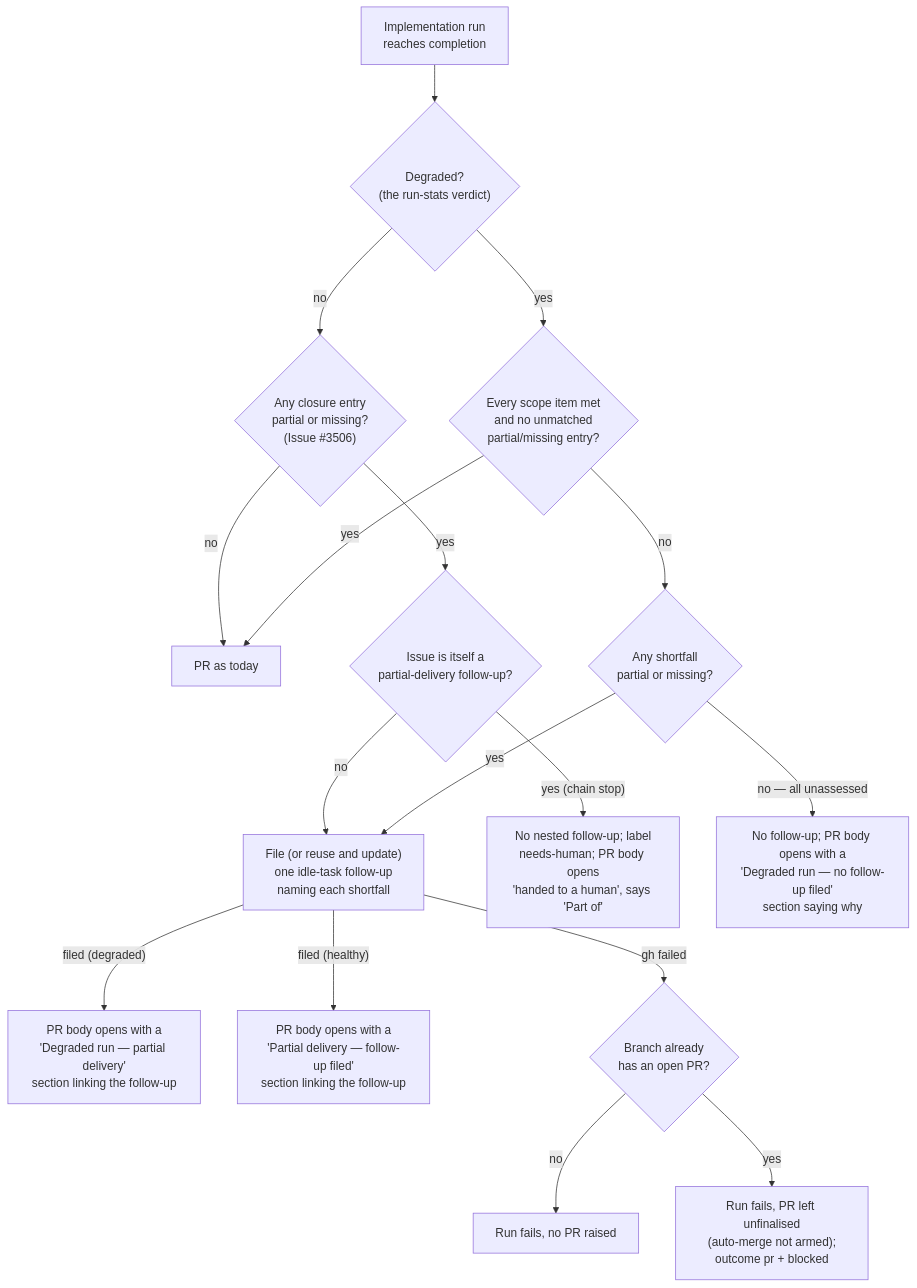
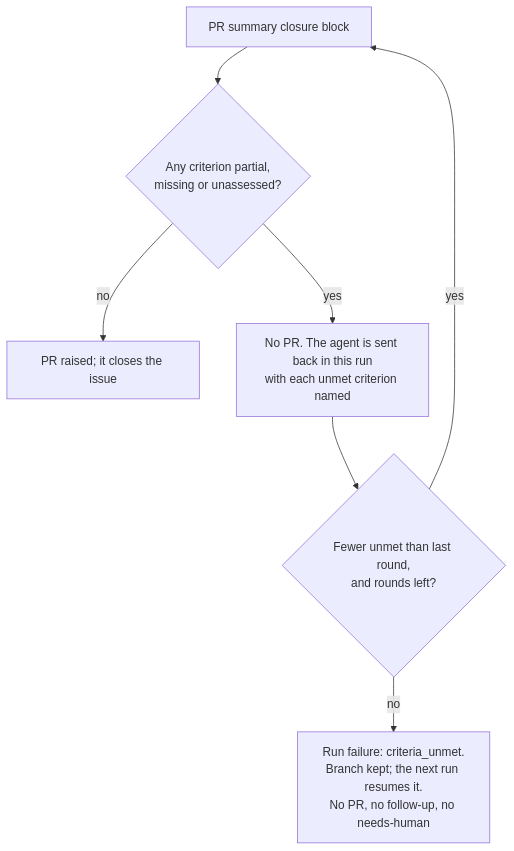
Diagram 21 of 25 in docs/workflows/issue-processing.md (stSoftwareAU/VibeCoder), drawn with Mermaid before and after one commit. The commit also changed other lines of this file and 40 other files, not shown here.

````diff
--- a/docs/workflows/issue-processing.md
+++ b/docs/workflows/issue-processing.md
@@ -2612,19 +2591,9 @@
 ```mermaid
 flowchart TD
-    R["Implementation run<br/>reaches completion"] --> D{"Degraded?<br/>(the run-stats verdict)"}
-    D -- no --> H{"Any closure entry<br/>partial or missing?<br/>(Issue #3506)"}
-    H -- no --> P["PR as today"]
-    H -- yes --> C{"Issue is itself a<br/>partial-delivery follow-up?"}
-    C -- no --> F
-    C -- "yes (chain stop)" --> CS["No nested follow-up; label<br/>needs-human; PR body opens<br/>'handed to a human', says 'Part of'"]
-    D -- yes --> S{"Every scope item met<br/>and no unmatched<br/>partial/missing entry?"}
-    S -- yes --> P
-    S -- no --> G{"Any shortfall<br/>partial or missing?"}
-    G -- yes --> F["File (or reuse and update)<br/>one idle-task follow-up<br/>naming each shortfall"]
-    F -- "filed (degraded)" --> B["PR body opens with a<br/>'Degraded run — partial delivery'<br/>section linking the follow-up"]
-    F -- "filed (healthy)" --> W["PR body opens with a<br/>'Partial delivery — follow-up filed'<br/>section linking the follow-up"]
-    F -- "gh failed" --> Q{"Branch already<br/>has an open PR?"}
-    Q -- no --> X["Run fails, no PR raised"]
-    Q -- yes --> Y["Run fails, PR left unfinalised<br/>(auto-merge not armed);<br/>outcome pr + blocked"]
-    G -- "no — all unassessed" --> N["No follow-up; PR body opens with a<br/>'Degraded run — no follow-up filed'<br/>section saying why"]
+    S["PR summary closure block"] --> U{"Any criterion partial,<br/>missing or unassessed?"}
+    U -- no --> P["PR raised; it closes the issue"]
+    U -- yes --> R["No PR. The agent is sent back in this run<br/>with each unmet criterion named"]
+    R --> G{"Fewer unmet than last round,<br/>and rounds left?"}
+    G -- yes --> S
+    G -- no --> F["Run failure: criteria_unmet.<br/>Branch kept; the next run resumes it.<br/>No PR, no follow-up, no needs-human"]
 ```
````
